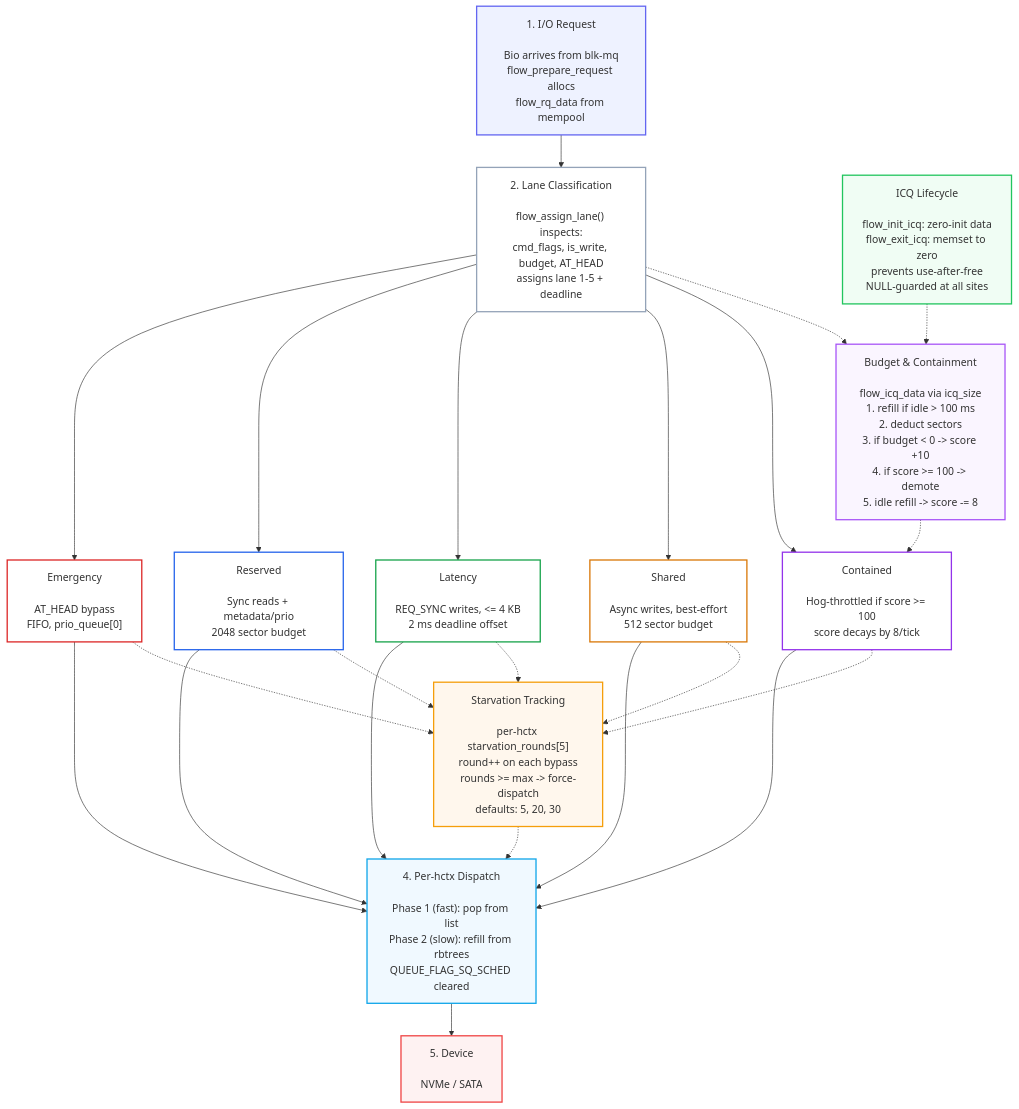
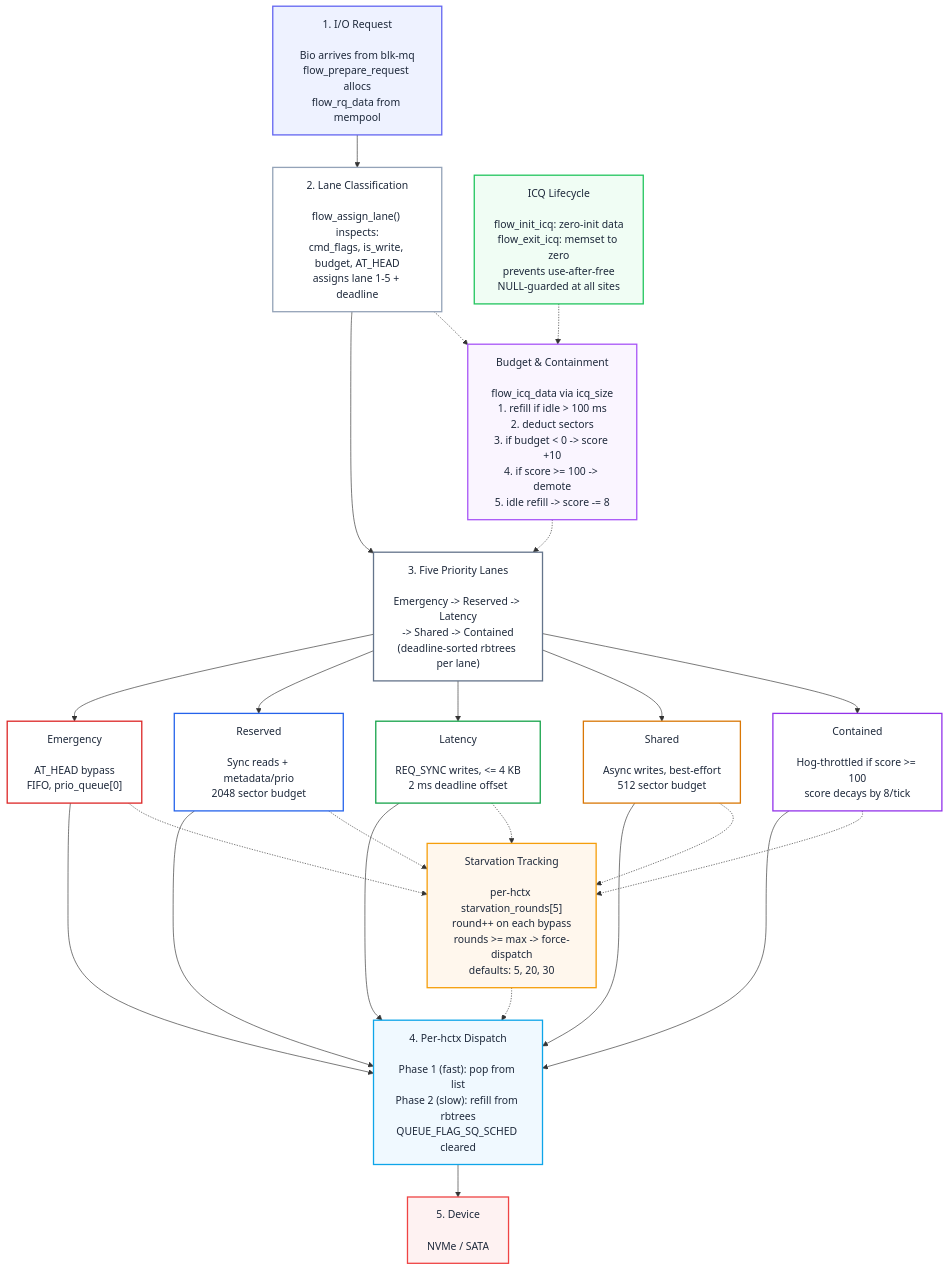
Before and after one commit to galpt/flow-iosched: the diagram in README.md, drawn with Mermaid.

Commit message:
Add missing step 3 node (Five Priority Lanes) and fix text color to dark
The diagram was missing the '3. Five Priority Lanes' node between
classification and the individual lane boxes, making step numbering
appear to skip from 2 to 4.

Add color:#1e293b to all style directives to ensure text is dark
(not grey) on the white/light box backgrounds, improving readability.

````diff
--- a/README.md
+++ b/README.md
@@ -38,6 +38,12 @@
 flow_assign_lane() inspects:
 cmd_flags, is_write, budget, AT_HEAD
 assigns lane 1-5 + deadline"]
+
+    N3["3. Five Priority Lanes
+
+Emergency -> Reserved -> Latency
+-> Shared -> Contained
+(deadline-sorted rbtrees per lane)"]
 
     C1["Emergency
 
@@ -98,11 +104,12 @@
 NULL-guarded at all sites"]
 
     A1 --> B1
-    B1 --> C1
-    B1 --> D1
-    B1 --> E1
-    B1 --> F1
-    B1 --> G1
+    B1 --> N3
+    N3 --> C1
+    N3 --> D1
+    N3 --> E1
+    N3 --> F1
+    N3 --> G1
     C1 --> H1
     D1 --> H1
     E1 --> H1
@@ -111,7 +118,7 @@
     H1 --> I1
 
     B1 -.-> J1
-    J1 -.-> G1
+    J1 -.-> N3
     C1 -.-> K1
     D1 -.-> K1
     E1 -.-> K1
@@ -120,16 +127,17 @@
     K1 -.-> H1
     L1 -.-> J1
 
-    style A1 fill:#eef2ff,stroke:#6366f1,stroke-width:2
-    style B1 fill:#fff,stroke:#94a3b8,stroke-width:2
-    style C1 fill:#fff,stroke:#dc2626,stroke-width:2
-    style D1 fill:#fff,stroke:#2563eb,stroke-width:2
-    style E1 fill:#fff,stroke:#16a34a,stroke-width:2
-    style F1 fill:#fff,stroke:#d97706,stroke-width:2
-    style G1 fill:#fff,stroke:#9333ea,stroke-width:2
-    style H1 fill:#f0f9ff,stroke:#0ea5e9,stroke-width:2
-    style I1 fill:#fef2f2,stroke:#ef4444,stroke-width:2
-    style J1 fill:#faf5ff,stroke:#a855f7,stroke-width:2
-    style K1 fill:#fff7ed,stroke:#f59e0b,stroke-width:2
-    style L1 fill:#f0fdf4,stroke:#22c55e,stroke-width:2
+    style A1 fill:#eef2ff,stroke:#6366f1,stroke-width:2,color:#1e293b
+    style B1 fill:#fff,stroke:#94a3b8,stroke-width:2,color:#1e293b
+    style N3 fill:#fff,stroke:#64748b,stroke-width:2,color:#1e293b
+    style C1 fill:#fff,stroke:#dc2626,stroke-width:2,color:#1e293b
+    style D1 fill:#fff,stroke:#2563eb,stroke-width:2,color:#1e293b
+    style E1 fill:#fff,stroke:#16a34a,stroke-width:2,color:#1e293b
+    style F1 fill:#fff,stroke:#d97706,stroke-width:2,color:#1e293b
+    style G1 fill:#fff,stroke:#9333ea,stroke-width:2,color:#1e293b
+    style H1 fill:#f0f9ff,stroke:#0ea5e9,stroke-width:2,color:#1e293b
+    style I1 fill:#fef2f2,stroke:#ef4444,stroke-width:2,color:#1e293b
+    style J1 fill:#faf5ff,stroke:#a855f7,stroke-width:2,color:#1e293b
+    style K1 fill:#fff7ed,stroke:#f59e0b,stroke-width:2,color:#1e293b
+    style L1 fill:#f0fdf4,stroke:#22c55e,stroke-width:2,color:#1e293b
 ```
````
